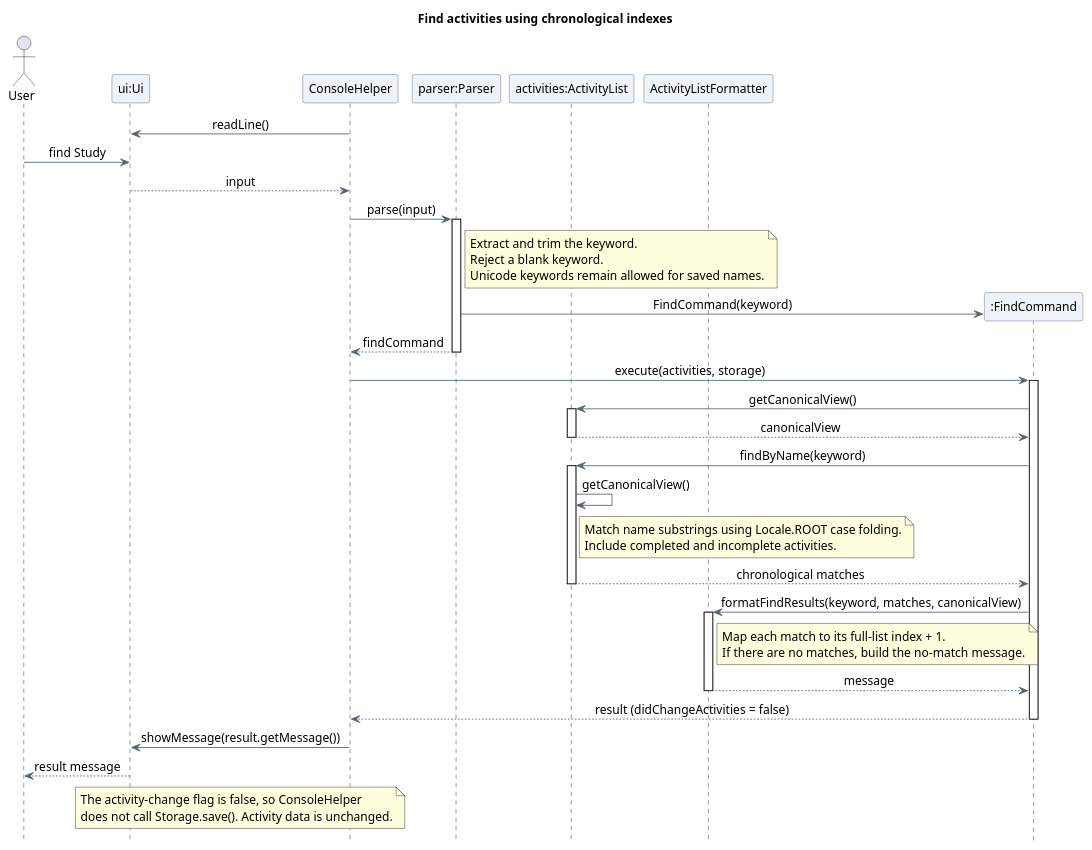
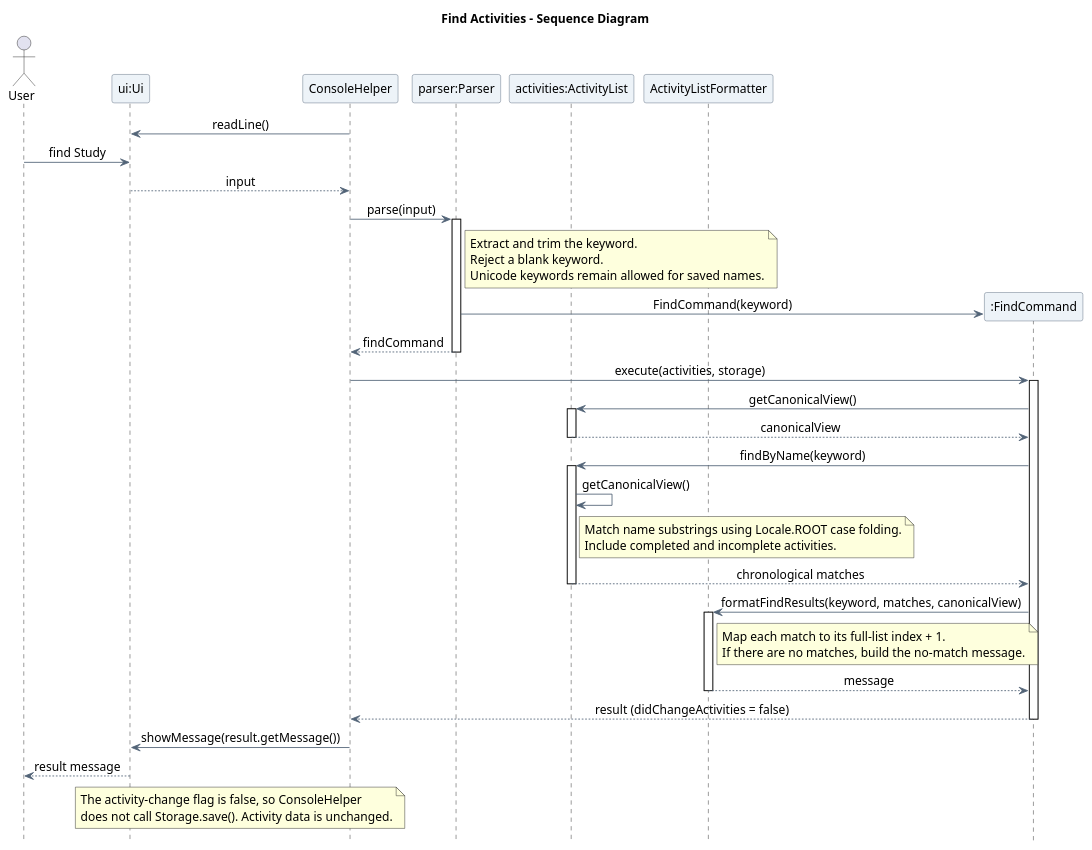
Before and after one commit to AY2627S1-CS2113-T10-4/tp: the diagram in docs/diagrams/oliver/sequence/FindActivitySequence.puml, drawn with PlantUML. The commit also changed 4 other files, not shown here.

```diff
--- a/docs/diagrams/oliver/sequence/FindActivitySequence.puml
+++ b/docs/diagrams/oliver/sequence/FindActivitySequence.puml
@@ -2,68 +2,68 @@
 @startuml
-title Find activities using chronological indexes
+title Find Activities - Sequence Diagram
 skinparam backgroundColor white
 skinparam shadowing false
 skinparam defaultFontName SansSerif
 skinparam defaultFontSize 14
 skinparam ParticipantBackgroundColor #EDF3F8
 skinparam ParticipantBorderColor #526477
 skinparam ArrowColor #526477
 skinparam sequenceMessageAlign center
 hide footbox
 
 actor "User" as User
 participant "ui:Ui" as UI
 participant "ConsoleHelper" as Console
 participant "parser:Parser" as Parser
 participant "activities:ActivityList" as Activities
 participant "ActivityListFormatter" as Formatter
 
 Console -> UI : readLine()
 User -> UI : find Study
 UI --> Console : input
 
 Console -> Parser : parse(input)
 activate Parser
 note right of Parser
   Extract and trim the keyword.
   Reject a blank keyword.
   Unicode keywords remain allowed for saved names.
 end note
 create participant ":FindCommand" as Find
 Parser -> Find : FindCommand(keyword)
 Parser --> Console : findCommand
 deactivate Parser
 
 Console -> Find : execute(activities, storage)
 activate Find
 Find -> Activities : getCanonicalView()
 activate Activities
 Activities --> Find : canonicalView
 deactivate Activities
 Find -> Activities : findByName(keyword)
 activate Activities
 Activities -> Activities : getCanonicalView()
 note right of Activities
   Match name substrings using Locale.ROOT case folding.
   Include completed and incomplete activities.
 end note
 Activities --> Find : chronological matches
 deactivate Activities
 Find -> Formatter : formatFindResults(keyword, matches, canonicalView)
 activate Formatter
 note right of Formatter
   Map each match to its full-list index + 1.
   If there are no matches, build the no-match message.
 end note
 Formatter --> Find : message
 deactivate Formatter
 Find --> Console : result (didChangeActivities = false)
 deactivate Find
 Console -> UI : showMessage(result.getMessage())
 UI --> User : result message
 
 note over Console, UI
   The activity-change flag is false, so ConsoleHelper
   does not call Storage.save(). Activity data is unchanged.
 end note
 @enduml
```
